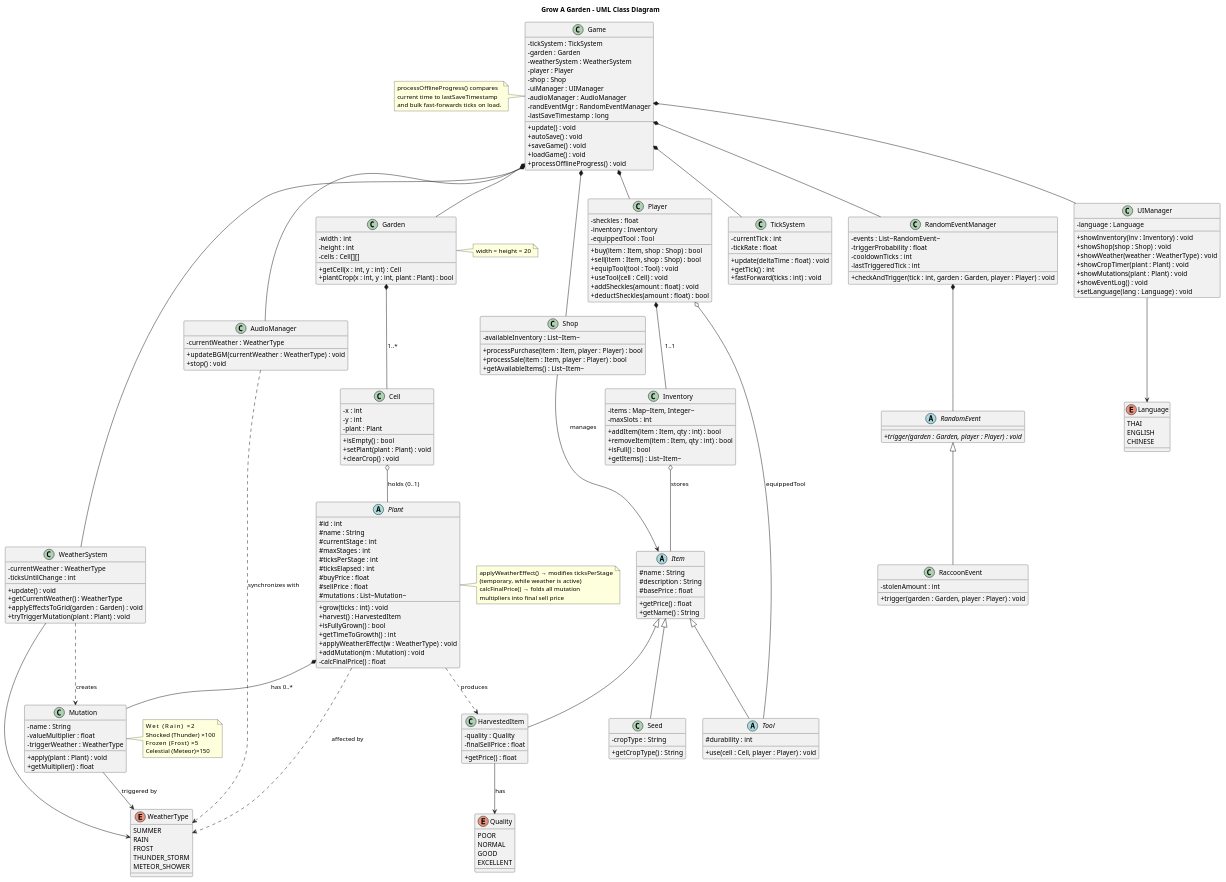
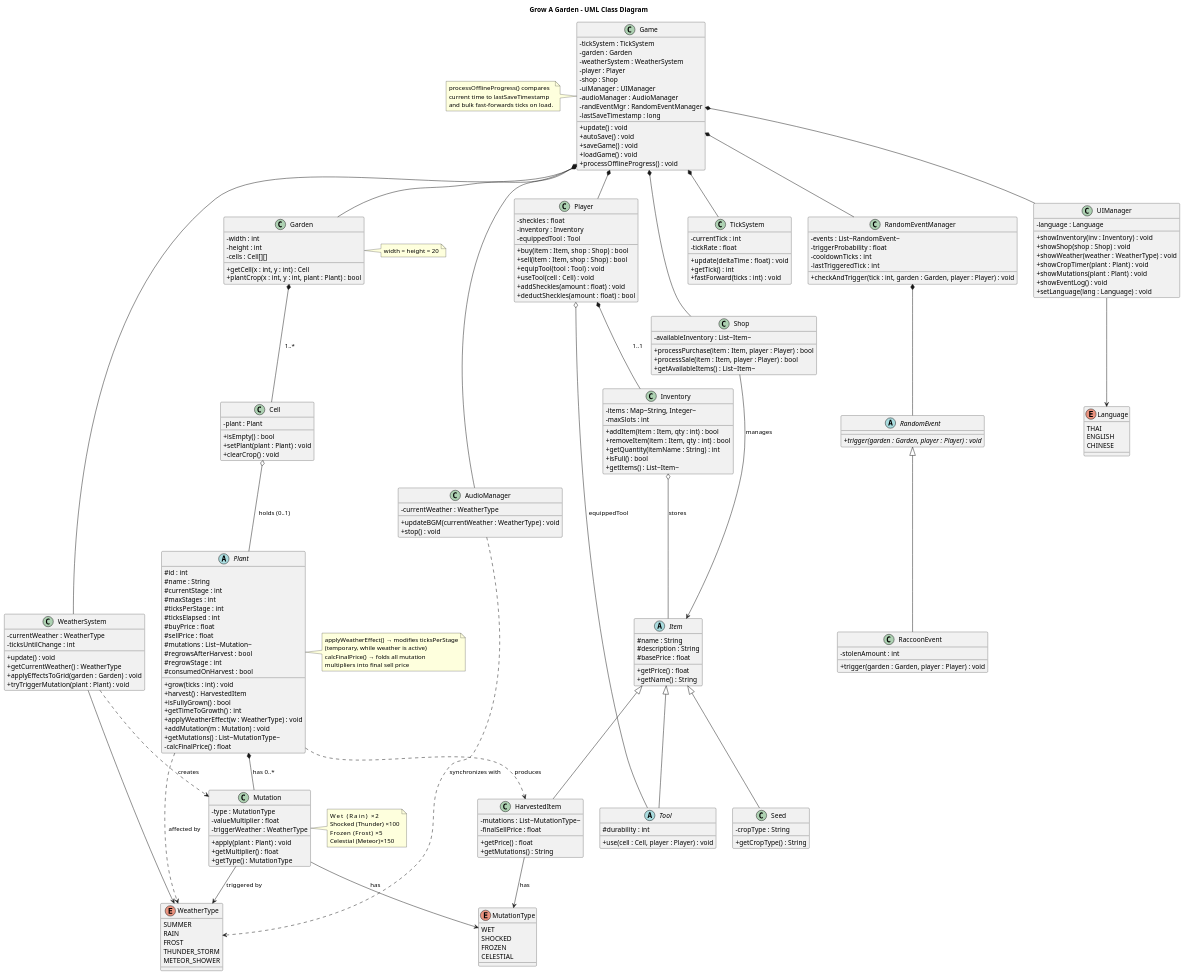
Before and after one commit to Matthew12045/grow-a-garden: the diagram in docs/class_diagram.puml, drawn with PlantUML. The commit also changed 7 other files, not shown here.

```diff
--- a/docs/class_diagram.puml
+++ b/docs/class_diagram.puml
@@ -43,8 +43,6 @@
 note right of Garden : width = height = 20
 
 class Cell {
-    - x : int
-    - y : int
     - plant : Plant
     + isEmpty() : bool
     + setPlant(plant : Plant) : void
@@ -61,12 +59,16 @@
     # buyPrice : float
     # sellPrice : float
     # mutations : List~Mutation~
+    # regrowsAfterHarvest : bool
+    # regrowStage : int
+    # consumedOnHarvest : bool
     + grow(ticks : int) : void
     + harvest() : HarvestedItem
     + isFullyGrown() : bool
     + getTimeToGrowth() : int
     + applyWeatherEffect(w : WeatherType) : void
     + addMutation(m : Mutation) : void
+    + getMutations() : List~MutationType~
     - calcFinalPrice() : float
 }
 note right of Plant
@@ -76,13 +78,23 @@
   multipliers into final sell price
 end note
 
+enum MutationType {
+    WET
+    SHOCKED
+    FROZEN
+    CELESTIAL
+}
+
 class Mutation {
-    - name : String
+    - type : MutationType
     - valueMultiplier : float
     - triggerWeather : WeatherType
     + apply(plant : Plant) : void
     + getMultiplier() : float
+    + getType() : MutationType
 }
+
+Mutation --> MutationType : has
 note right of Mutation
   Wet (Rain)        ×2
   Shocked (Thunder) ×100
@@ -120,10 +132,11 @@
 }
 
 class Inventory {
-    - items : Map~Item, Integer~
+    - items : Map~String, Integer~
     - maxSlots : int
     + addItem(item : Item, qty : int) : bool
     + removeItem(item : Item, qty : int) : bool
+    + getQuantity(itemName : String) : int
     + isFull() : bool
     + getItems() : List~Item~
 }
@@ -142,17 +155,12 @@
 }
 
 class HarvestedItem {
-    - quality : Quality
+    - mutations : List~MutationType~
     - finalSellPrice : float
     + getPrice() : float
+    + getMutations() : String
 }
 
-enum Quality {
-    POOR
-    NORMAL
-    GOOD
-    EXCELLENT
-}
 
 abstract class Tool {
     # durability : int
@@ -238,7 +246,7 @@
 Item <|-- HarvestedItem
 Item <|-- Tool
 
-HarvestedItem --> Quality : has
+HarvestedItem --> MutationType : has
 
 Plant ..> HarvestedItem : produces
 Plant ..> WeatherType : affected by
```
